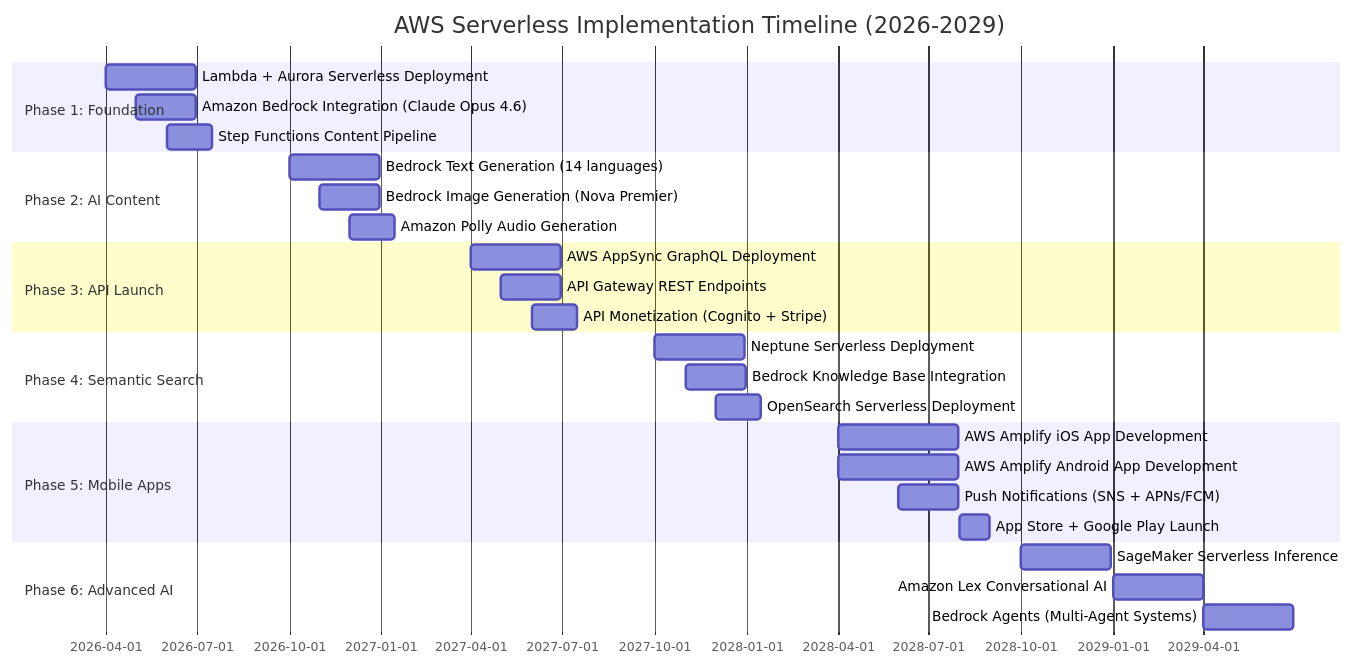
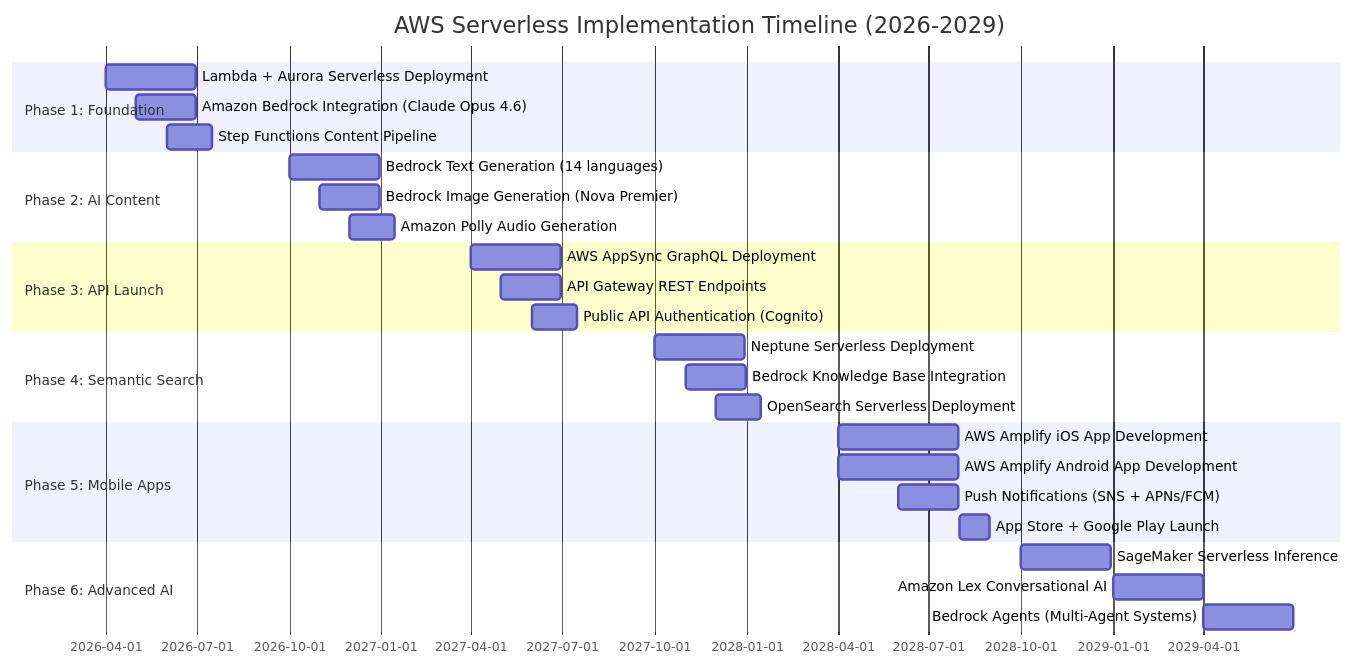
The fourth of 14 diagrams in FUTURE_ARCHITECTURE.md (Hack23/riksdagsmonitor), drawn with Mermaid before and after one commit. The commit also changed other lines of this file, not shown here.

Commit message:
Remove ALL monetary content per CEO directive - pure architecture doc

````diff
--- a/FUTURE_ARCHITECTURE.md
+++ b/FUTURE_ARCHITECTURE.md
@@ -902,36 +782,36 @@
 ```mermaid
 gantt
     title AWS Serverless Implementation Timeline (2026-2029)
     dateFormat YYYY-MM-DD
     
     section Phase 1: Foundation
     Lambda + Aurora Serverless Deployment      :2026-04-01, 90d
     Amazon Bedrock Integration (Claude Opus 4.6)  :2026-05-01, 60d
     Step Functions Content Pipeline            :2026-06-01, 45d
     
     section Phase 2: AI Content
     Bedrock Text Generation (14 languages)     :2026-10-01, 90d
     Bedrock Image Generation (Nova Premier)    :2026-11-01, 60d
     Amazon Polly Audio Generation              :2026-12-01, 45d
     
     section Phase 3: API Launch
     AWS AppSync GraphQL Deployment             :2027-04-01, 90d
     API Gateway REST Endpoints                 :2027-05-01, 60d
-    API Monetization (Cognito + Stripe)        :2027-06-01, 45d
+    Public API Authentication (Cognito)        :2027-06-01, 45d
     
     section Phase 4: Semantic Search
     Neptune Serverless Deployment              :2027-10-01, 90d
     Bedrock Knowledge Base Integration         :2027-11-01, 60d
     OpenSearch Serverless Deployment           :2027-12-01, 45d
     
     section Phase 5: Mobile Apps
     AWS Amplify iOS App Development            :2028-04-01, 120d
     AWS Amplify Android App Development        :2028-04-01, 120d
     Push Notifications (SNS + APNs/FCM)        :2028-06-01, 60d
     App Store + Google Play Launch             :2028-08-01, 30d
     
     section Phase 6: Advanced AI
     SageMaker Serverless Inference             :2028-10-01, 90d
     Amazon Lex Conversational AI               :2029-01-01, 90d
     Bedrock Agents (Multi-Agent Systems)       :2029-04-01, 90d
 ```
````
